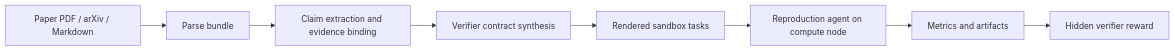
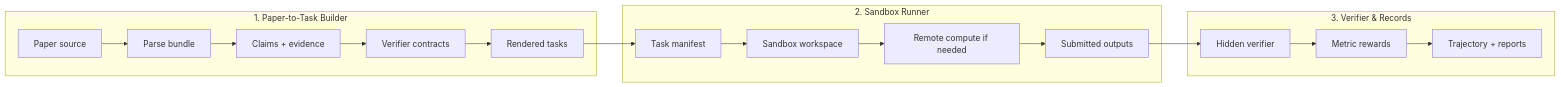
Before and after one commit to Seauagain/ReproduceGym: the diagram in README.md, drawn with Mermaid. The commit also changed other lines of this file, not shown here.

Commit message:
docs: simplify README architecture diagram
Group the project architecture into builder, runner, and verifier modules for a clearer human-facing overview.

````diff
--- a/README.md
+++ b/README.md
@@ -43,10 +42,23 @@
 ```mermaid
 flowchart LR
-    A[Paper PDF / arXiv / Markdown] --> B[Parse bundle]
-    B --> C[Claim extraction and evidence binding]
-    C --> D[Verifier contract synthesis]
-    D --> E[Rendered sandbox tasks]
-    E --> F[Reproduction agent on compute node]
-    F --> G[Metrics and artifacts]
-    G --> H[Hidden verifier reward]
+    subgraph Build["1. Paper-to-Task Builder"]
+        A[Paper source] --> B[Parse bundle]
+        B --> C[Claims + evidence]
+        C --> D[Verifier contracts]
+        D --> E[Rendered tasks]
+    end
+
+    subgraph Run["2. Sandbox Runner"]
+        F[Task manifest] --> G[Sandbox workspace]
+        G --> H[Remote compute if needed]
+        H --> I[Submitted outputs]
+    end
+
+    subgraph Verify["3. Verifier & Records"]
+        J[Hidden verifier] --> K[Metric rewards]
+        K --> L[Trajectory + reports]
+    end
+
+    E --> F
+    I --> J
 ```
````
